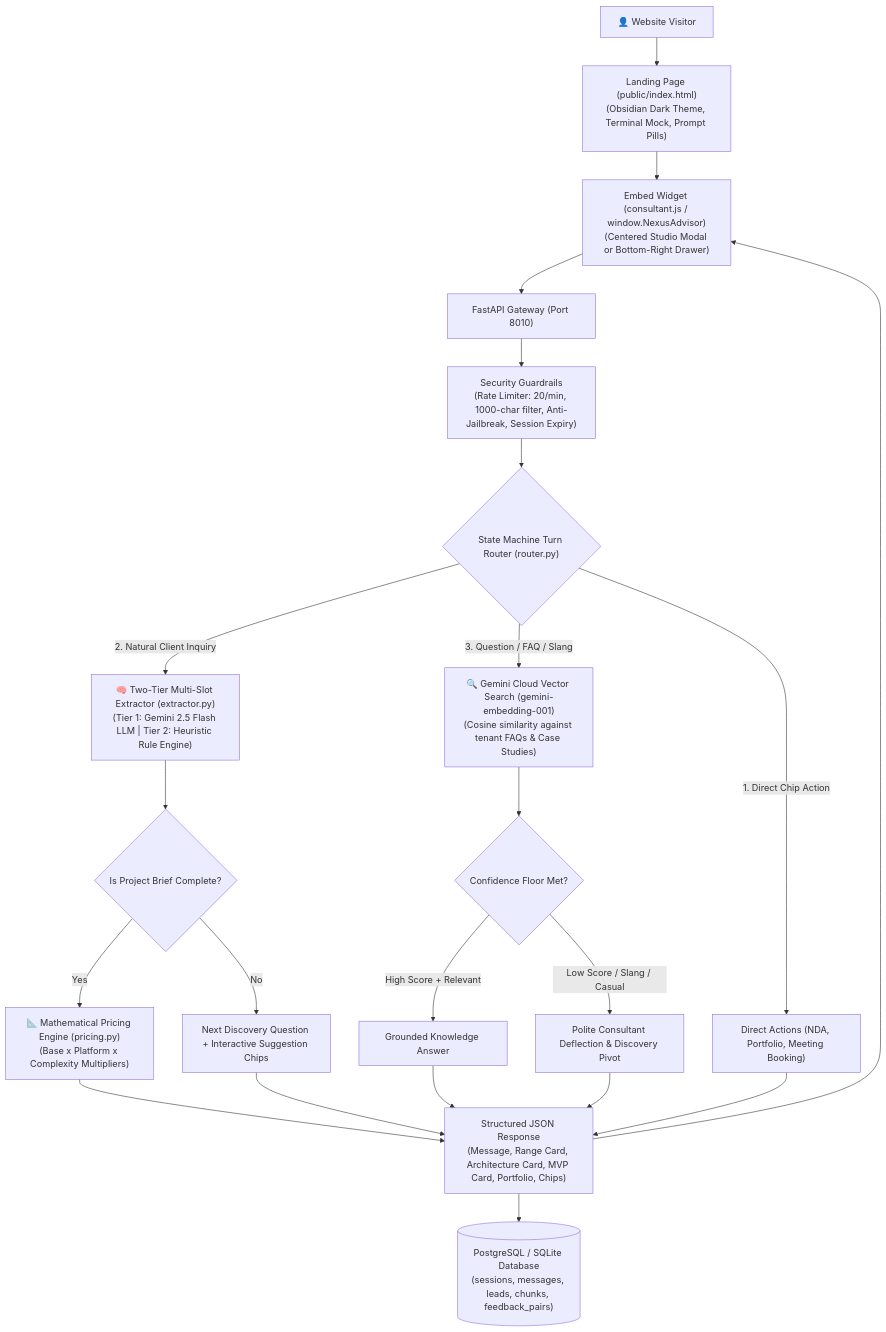
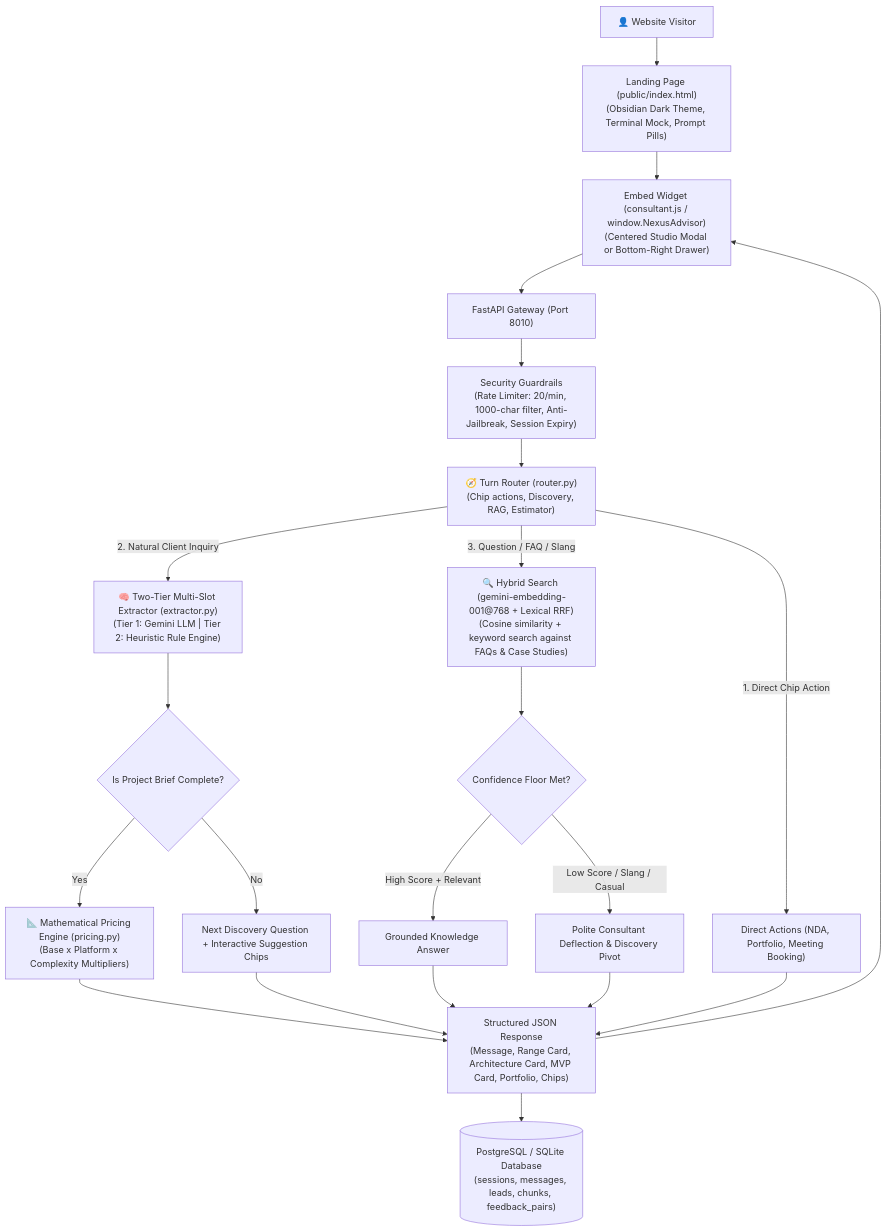
One commit to Kapil690789/nexus-presales-bot_sales changed the diagram in pre-sales-bot/README.md. Above: the diagram before and after it, drawn with Mermaid. The commit also changed other lines of this file and 35 other files, not shown here.

````diff
--- a/pre-sales-bot/README.md
+++ b/pre-sales-bot/README.md
@@ -34,30 +34,29 @@
 ```mermaid
 flowchart TD
     User["👤 Website Visitor"] --> LandingPage["Landing Page (public/index.html)\n(Obsidian Dark Theme, Terminal Mock, Prompt Pills)"]
     LandingPage --> Widget["Embed Widget (consultant.js / window.NexusAdvisor)\n(Centered Studio Modal or Bottom-Right Drawer)"]
     Widget --> API["FastAPI Gateway (Port 8010)"]
     
     API --> Security["Security Guardrails\n(Rate Limiter: 20/min, 1000-char filter, Anti-Jailbreak, Session Expiry)"]
-    Security --> Router{"State Machine Turn Router (router.py)"}
-    
+    Security --> Router["🧭 Turn Router (router.py)\n(Chip actions, Discovery, RAG, Estimator)"]
     Router -->|1. Direct Chip Action| DirectAction["Direct Actions (NDA, Portfolio, Meeting Booking)"]
-    Router -->|2. Natural Client Inquiry| Extractor["🧠 Two-Tier Multi-Slot Extractor (extractor.py)\n(Tier 1: Gemini 2.5 Flash LLM | Tier 2: Heuristic Rule Engine)"]
+    Router -->|2. Natural Client Inquiry| Extractor["🧠 Two-Tier Multi-Slot Extractor (extractor.py)\n(Tier 1: Gemini LLM | Tier 2: Heuristic Rule Engine)"]
     
     Extractor --> BriefState{"Is Project Brief Complete?"}
     BriefState -->|Yes| PricingEngine["📐 Mathematical Pricing Engine (pricing.py)\n(Base x Platform x Complexity Multipliers)"]
     BriefState -->|No| NextPrompt["Next Discovery Question + Interactive Suggestion Chips"]
     
-    Router -->|3. Question / FAQ / Slang| SemanticRAG["🔍 Gemini Cloud Vector Search (gemini-embedding-001)\n(Cosine similarity against tenant FAQs & Case Studies)"]
+    Router -->|3. Question / FAQ / Slang| SemanticRAG["🔍 Hybrid Search (gemini-embedding-001@768 + Lexical RRF)\n(Cosine similarity + keyword search against FAQs & Case Studies)"]
     SemanticRAG --> SafeClassifier{"Confidence Floor Met?"}
     SafeClassifier -->|High Score + Relevant| GroundedAnswer["Grounded Knowledge Answer"]
     SafeClassifier -->|Low Score / Slang / Casual| FallbackMsg["Polite Consultant Deflection & Discovery Pivot"]
     
     PricingEngine --> Response["Structured JSON Response\n(Message, Range Card, Architecture Card, MVP Card, Portfolio, Chips)"]
     NextPrompt --> Response
     GroundedAnswer --> Response
     FallbackMsg --> Response
     DirectAction --> Response
     
     Response --> DB[("PostgreSQL / SQLite Database\n(sessions, messages, leads, chunks, feedback_pairs)")]
     Response --> Widget
 ```
````
